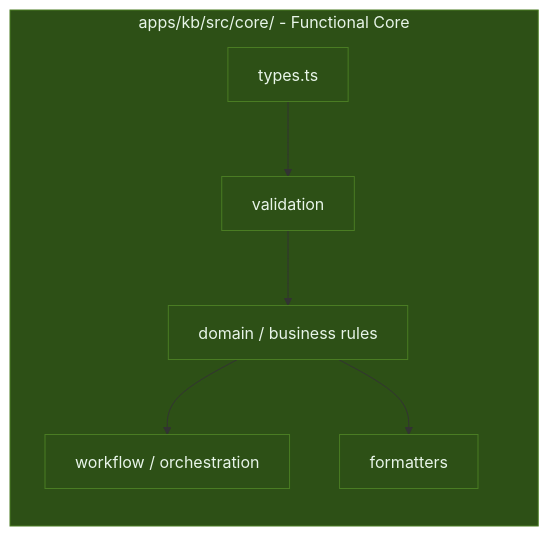
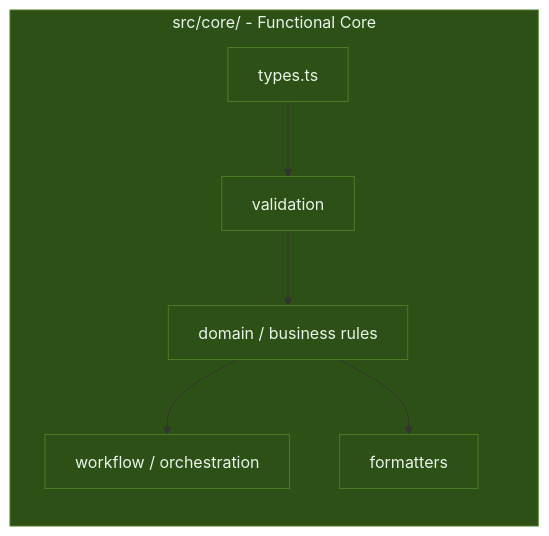
Before and after one commit to roalcantara/kodexb: the second of 2 diagrams in assets/guides/FCIS.guide.md, drawn with Mermaid. The commit also changed other lines of this file and 560 other files, not shown here.

````diff
--- a/assets/guides/FCIS.guide.md
+++ b/assets/guides/FCIS.guide.md
@@ -58,15 +80,15 @@
 ```mermaid
 flowchart TB
-    subgraph CORE[" apps/kb/src/core/ - Functional Core "]
+    subgraph CORE[" src/core/ - Functional Core "]
         direction TB
         TYPES["types.ts"]
         VALID["validation"]
         DOMAIN["domain / business rules"]
         FLOW["workflow / orchestration"]
         FMT["formatters"]
         TYPES --> VALID --> DOMAIN --> FLOW
         DOMAIN --> FMT
     end
     classDef core fill:#2d5016,stroke:#4a7c23,color:#e8f5e9
     class CORE,TYPES,VALID,DOMAIN,FLOW,FMT core
 ```
````
